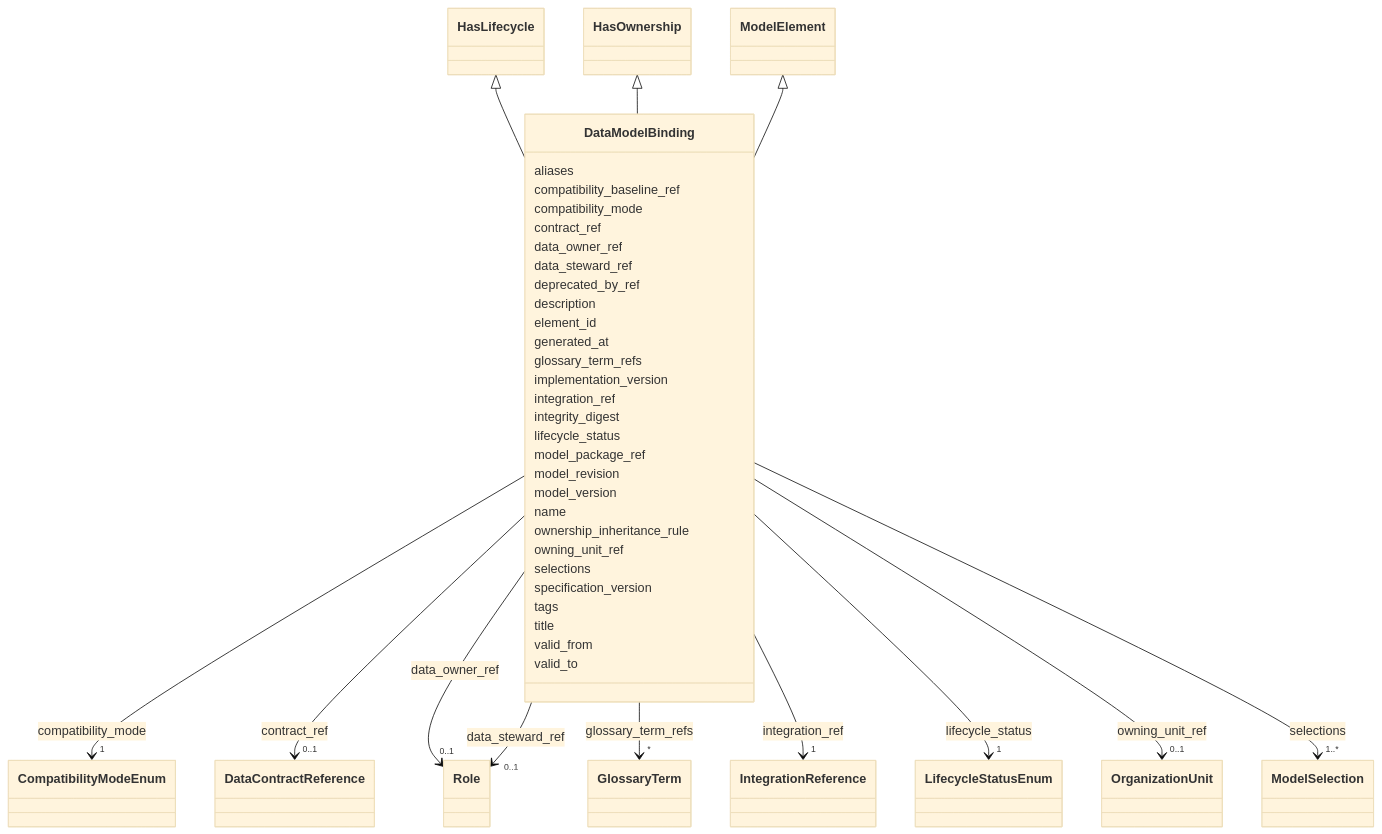
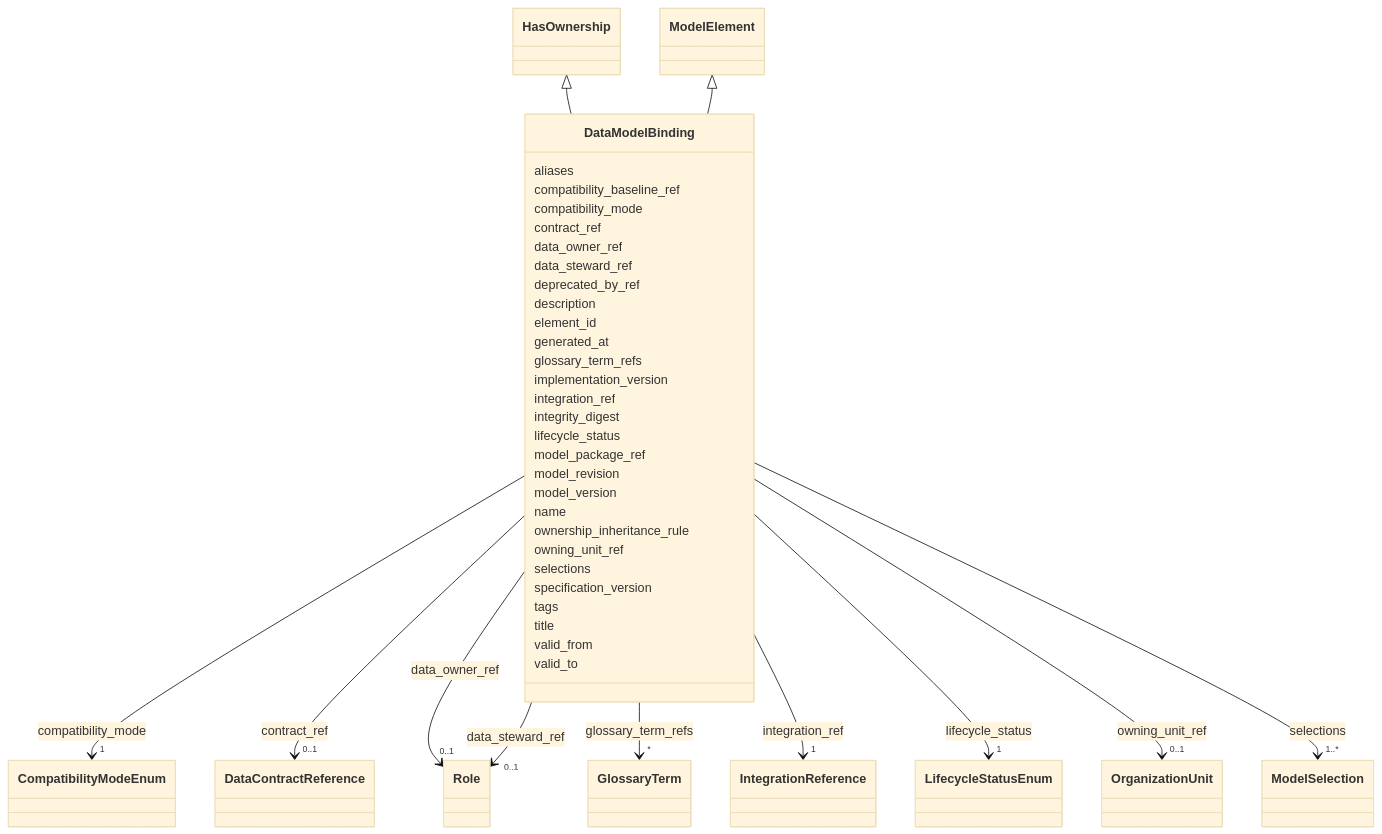
One commit to oista/moex-data-model changed the diagram in generated/artifacts/moex-dams/0.1/diagrams/DataModelBinding.md. Above: the diagram before and after it, drawn with Mermaid (base theme). The commit also changed 84 other files, not shown here.

```diff
--- a/generated/artifacts/moex-dams/0.1/diagrams/DataModelBinding.md
+++ b/generated/artifacts/moex-dams/0.1/diagrams/DataModelBinding.md
@@ -5,8 +5,6 @@
  classDiagram
     class DataModelBinding
     click DataModelBinding href "../DataModelBinding"
-      HasLifecycle <|-- DataModelBinding
-        click HasLifecycle href "../HasLifecycle"
       HasOwnership <|-- DataModelBinding
         click HasOwnership href "../HasOwnership"
       ModelElement <|-- DataModelBinding
```
